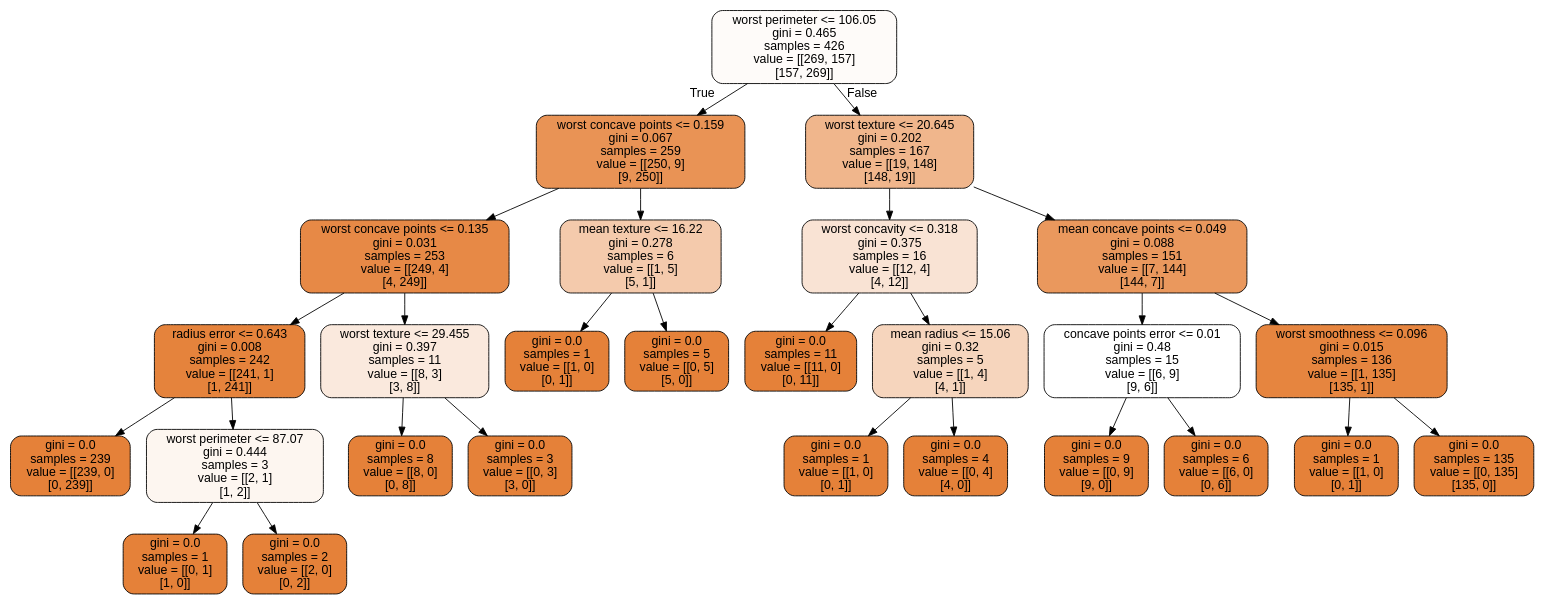
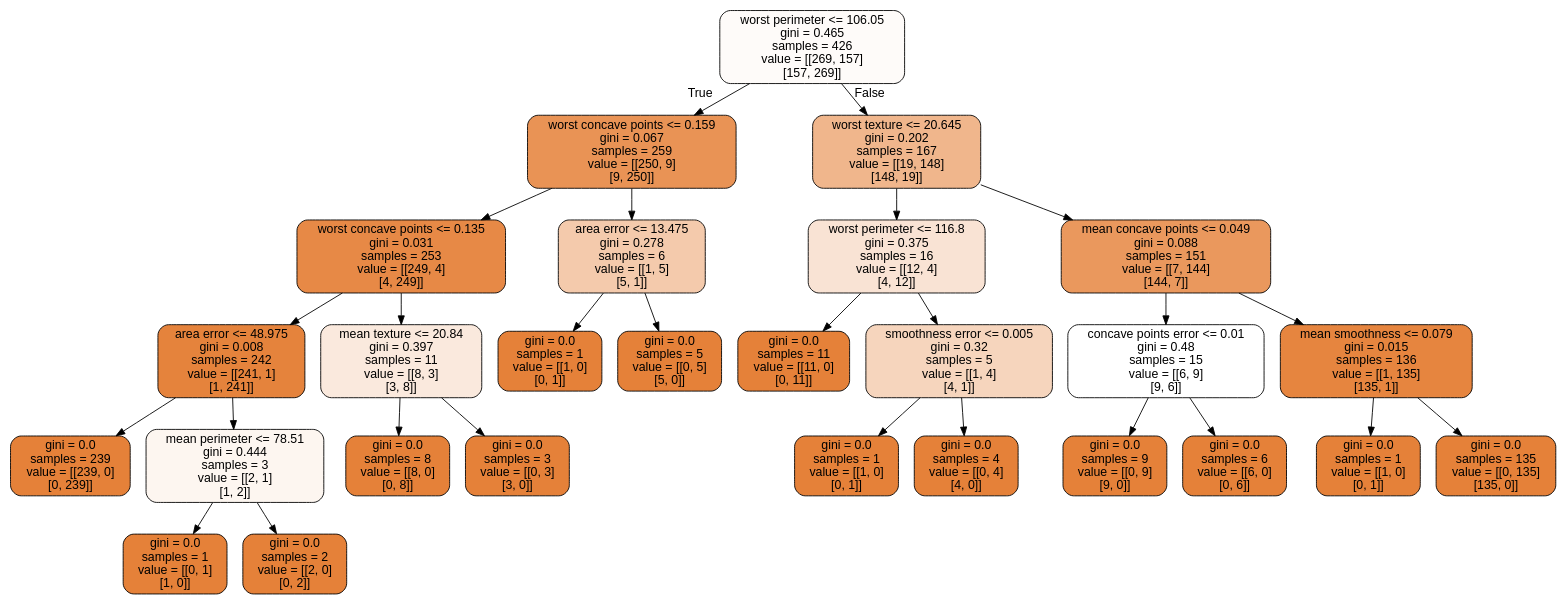
One commit to CompPhysics/MachineLearning changed the diagram in doc/LectureNotes/DataFiles/cancer.dot. Above: the diagram before and after it, drawn with Graphviz. The commit also changed 13 other files, not shown here.

```diff
--- a/doc/LectureNotes/DataFiles/cancer.dot
+++ b/doc/LectureNotes/DataFiles/cancer.dot
@@ -1,57 +1,57 @@
 digraph Tree {
 node [shape=box, style="filled, rounded", color="black", fontname="helvetica"] ;
 edge [fontname="helvetica"] ;
 0 [label="worst perimeter <= 106.05\ngini = 0.465\nsamples = 426\nvalue = [[269, 157]\n[157, 269]]", fillcolor="#fefbf9"] ;
 1 [label="worst concave points <= 0.159\ngini = 0.067\nsamples = 259\nvalue = [[250, 9]\n[9, 250]]", fillcolor="#e99355"] ;
 0 -> 1 [labeldistance=2.5, labelangle=45, headlabel="True"] ;
 2 [label="worst concave points <= 0.135\ngini = 0.031\nsamples = 253\nvalue = [[249, 4]\n[4, 249]]", fillcolor="#e78946"] ;
 1 -> 2 ;
-3 [label="radius error <= 0.643\ngini = 0.008\nsamples = 242\nvalue = [[241, 1]\n[1, 241]]", fillcolor="#e5833c"] ;
+3 [label="area error <= 48.975\ngini = 0.008\nsamples = 242\nvalue = [[241, 1]\n[1, 241]]", fillcolor="#e5833c"] ;
 2 -> 3 ;
 4 [label="gini = 0.0\nsamples = 239\nvalue = [[239, 0]\n[0, 239]]", fillcolor="#e58139"] ;
 3 -> 4 ;
-5 [label="worst perimeter <= 87.07\ngini = 0.444\nsamples = 3\nvalue = [[2, 1]\n[1, 2]]", fillcolor="#fdf6f0"] ;
+5 [label="mean perimeter <= 78.51\ngini = 0.444\nsamples = 3\nvalue = [[2, 1]\n[1, 2]]", fillcolor="#fdf6f0"] ;
 3 -> 5 ;
 6 [label="gini = 0.0\nsamples = 1\nvalue = [[0, 1]\n[1, 0]]", fillcolor="#e58139"] ;
 5 -> 6 ;
 7 [label="gini = 0.0\nsamples = 2\nvalue = [[2, 0]\n[0, 2]]", fillcolor="#e58139"] ;
 5 -> 7 ;
-8 [label="worst texture <= 29.455\ngini = 0.397\nsamples = 11\nvalue = [[8, 3]\n[3, 8]]", fillcolor="#fae9dd"] ;
+8 [label="mean texture <= 20.84\ngini = 0.397\nsamples = 11\nvalue = [[8, 3]\n[3, 8]]", fillcolor="#fae9dd"] ;
 2 -> 8 ;
 9 [label="gini = 0.0\nsamples = 8\nvalue = [[8, 0]\n[0, 8]]", fillcolor="#e58139"] ;
 8 -> 9 ;
 10 [label="gini = 0.0\nsamples = 3\nvalue = [[0, 3]\n[3, 0]]", fillcolor="#e58139"] ;
 8 -> 10 ;
-11 [label="mean texture <= 16.22\ngini = 0.278\nsamples = 6\nvalue = [[1, 5]\n[5, 1]]", fillcolor="#f4caac"] ;
+11 [label="area error <= 13.475\ngini = 0.278\nsamples = 6\nvalue = [[1, 5]\n[5, 1]]", fillcolor="#f4caac"] ;
 1 -> 11 ;
 12 [label="gini = 0.0\nsamples = 1\nvalue = [[1, 0]\n[0, 1]]", fillcolor="#e58139"] ;
 11 -> 12 ;
 13 [label="gini = 0.0\nsamples = 5\nvalue = [[0, 5]\n[5, 0]]", fillcolor="#e58139"] ;
 11 -> 13 ;
 14 [label="worst texture <= 20.645\ngini = 0.202\nsamples = 167\nvalue = [[19, 148]\n[148, 19]]", fillcolor="#f0b68c"] ;
 0 -> 14 [labeldistance=2.5, labelangle=-45, headlabel="False"] ;
-15 [label="worst concavity <= 0.318\ngini = 0.375\nsamples = 16\nvalue = [[12, 4]\n[4, 12]]", fillcolor="#f9e3d4"] ;
+15 [label="worst perimeter <= 116.8\ngini = 0.375\nsamples = 16\nvalue = [[12, 4]\n[4, 12]]", fillcolor="#f9e3d4"] ;
 14 -> 15 ;
 16 [label="gini = 0.0\nsamples = 11\nvalue = [[11, 0]\n[0, 11]]", fillcolor="#e58139"] ;
 15 -> 16 ;
-17 [label="mean radius <= 15.06\ngini = 0.32\nsamples = 5\nvalue = [[1, 4]\n[4, 1]]", fillcolor="#f6d5bd"] ;
+17 [label="smoothness error <= 0.005\ngini = 0.32\nsamples = 5\nvalue = [[1, 4]\n[4, 1]]", fillcolor="#f6d5bd"] ;
 15 -> 17 ;
 18 [label="gini = 0.0\nsamples = 1\nvalue = [[1, 0]\n[0, 1]]", fillcolor="#e58139"] ;
 17 -> 18 ;
 19 [label="gini = 0.0\nsamples = 4\nvalue = [[0, 4]\n[4, 0]]", fillcolor="#e58139"] ;
 17 -> 19 ;
 20 [label="mean concave points <= 0.049\ngini = 0.088\nsamples = 151\nvalue = [[7, 144]\n[144, 7]]", fillcolor="#ea985d"] ;
 14 -> 20 ;
 21 [label="concave points error <= 0.01\ngini = 0.48\nsamples = 15\nvalue = [[6, 9]\n[9, 6]]", fillcolor="#ffffff"] ;
 20 -> 21 ;
 22 [label="gini = 0.0\nsamples = 9\nvalue = [[0, 9]\n[9, 0]]", fillcolor="#e58139"] ;
 21 -> 22 ;
 23 [label="gini = 0.0\nsamples = 6\nvalue = [[6, 0]\n[0, 6]]", fillcolor="#e58139"] ;
 21 -> 23 ;
-24 [label="worst smoothness <= 0.096\ngini = 0.015\nsamples = 136\nvalue = [[1, 135]\n[135, 1]]", fillcolor="#e6853f"] ;
+24 [label="mean smoothness <= 0.079\ngini = 0.015\nsamples = 136\nvalue = [[1, 135]\n[135, 1]]", fillcolor="#e6853f"] ;
 20 -> 24 ;
 25 [label="gini = 0.0\nsamples = 1\nvalue = [[1, 0]\n[0, 1]]", fillcolor="#e58139"] ;
 24 -> 25 ;
 26 [label="gini = 0.0\nsamples = 135\nvalue = [[0, 135]\n[135, 0]]", fillcolor="#e58139"] ;
 24 -> 26 ;
 }
```
